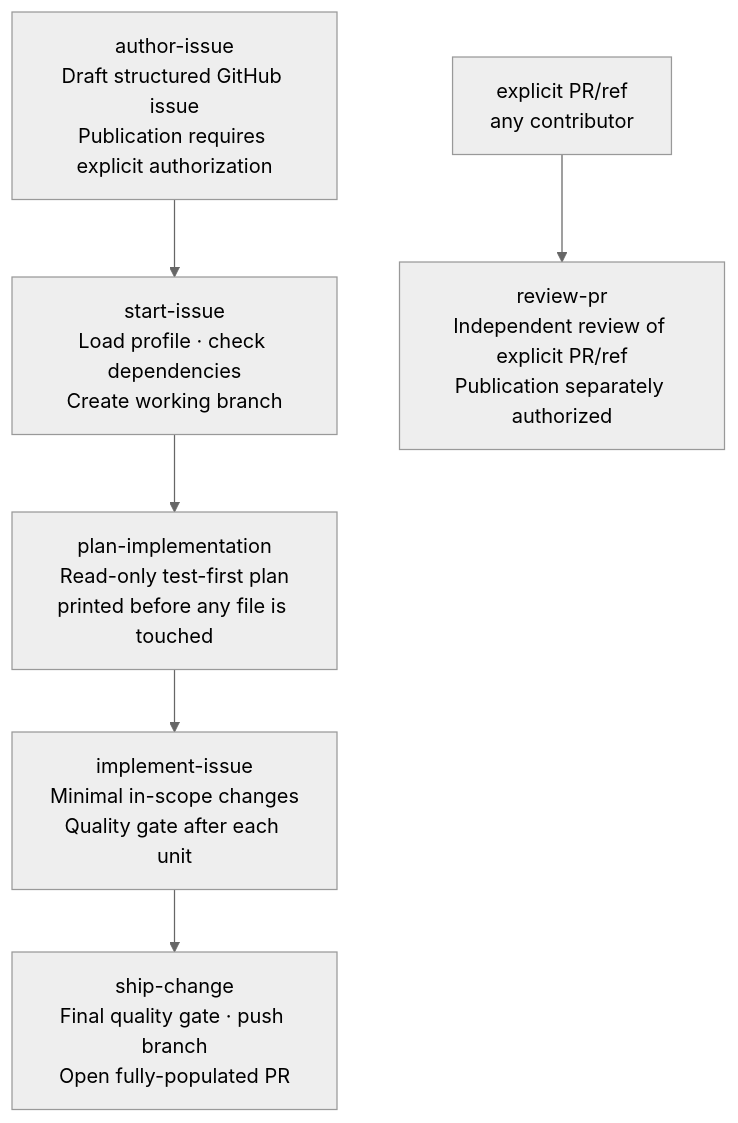
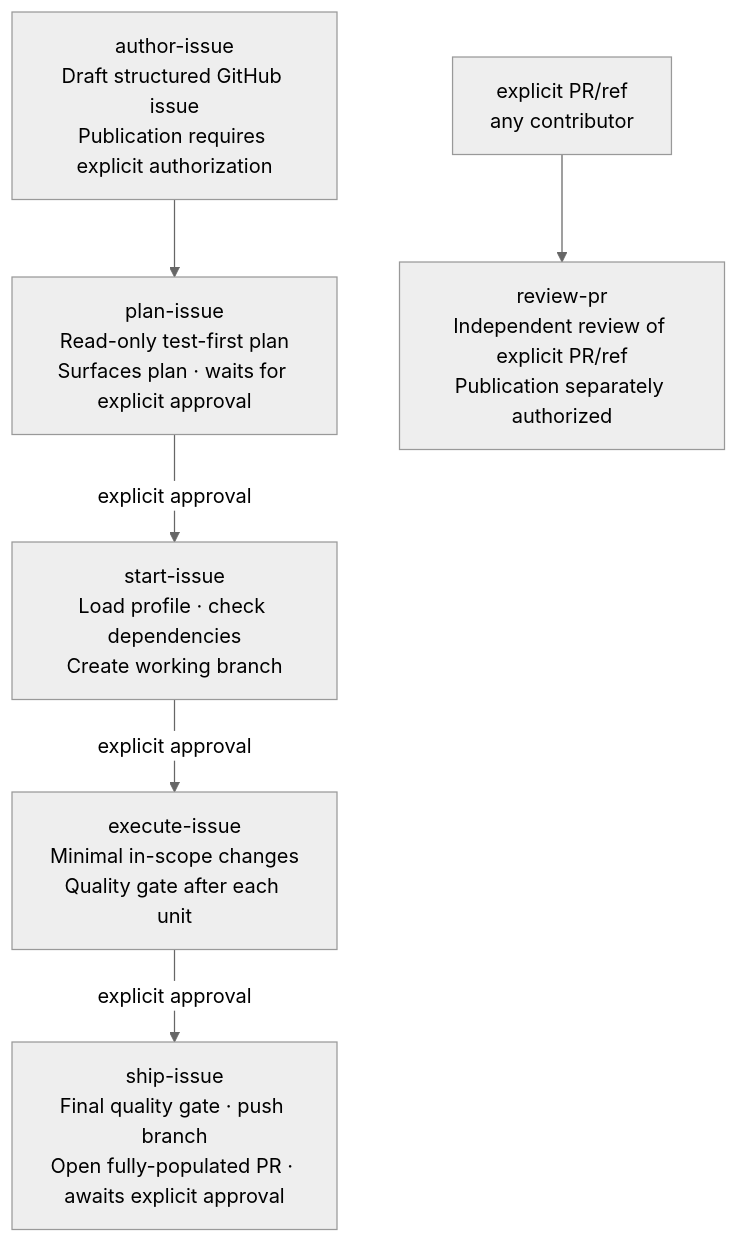
Before and after one commit to dgaramos/agent-workflows: the second of 2 diagrams in README.md, drawn with Mermaid (neutral theme). The commit also changed other lines of this file, not shown here.

````diff
--- a/README.md
+++ b/README.md
@@ -56,12 +56,15 @@
 ```mermaid
 flowchart TD
     I["author-issue\nDraft structured GitHub issue\nPublication requires explicit authorization"]
+    PL["plan-issue\nRead-only test-first plan\nSurfaces plan · waits for explicit approval"]
     S["start-issue\nLoad profile · check dependencies\nCreate working branch"]
-    PL["plan-implementation\nRead-only test-first plan\nprinted before any file is touched"]
-    IM["implement-issue\nMinimal in-scope changes\nQuality gate after each unit"]
-    SH["ship-change\nFinal quality gate · push branch\nOpen fully-populated PR"]
+    EX["execute-issue\nMinimal in-scope changes\nQuality gate after each unit"]
+    SH["ship-issue\nFinal quality gate · push branch\nOpen fully-populated PR · awaits explicit approval"]
     RV["review-pr\nIndependent review of explicit PR/ref\nPublication separately authorized"]
 
-    I --> S --> PL --> IM --> SH
+    I --> PL
+    PL -->|"explicit approval"| S
+    S -->|"explicit approval"| EX
+    EX -->|"explicit approval"| SH
     R["explicit PR/ref\nany contributor"] --> RV
 ```
````
